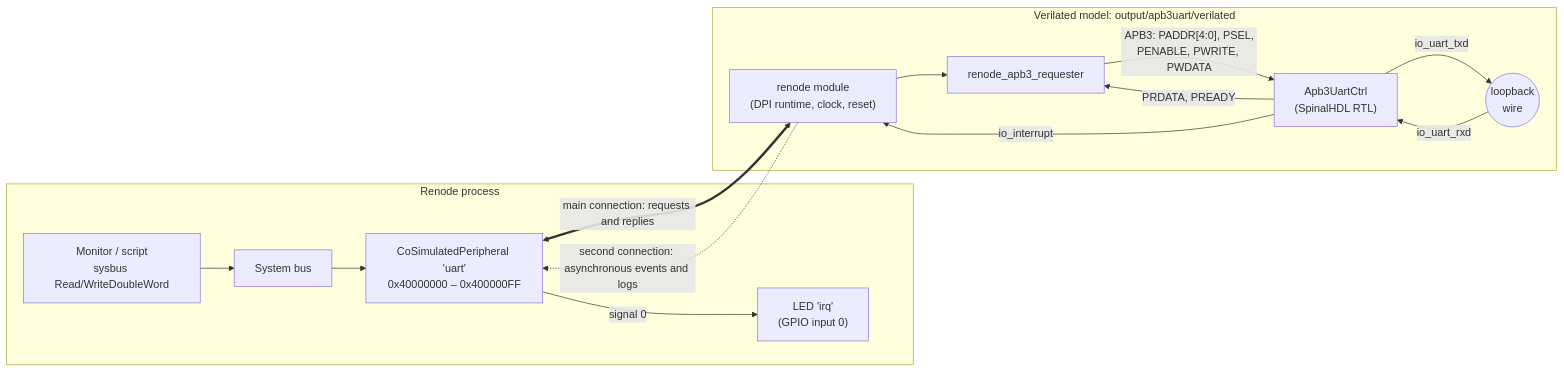
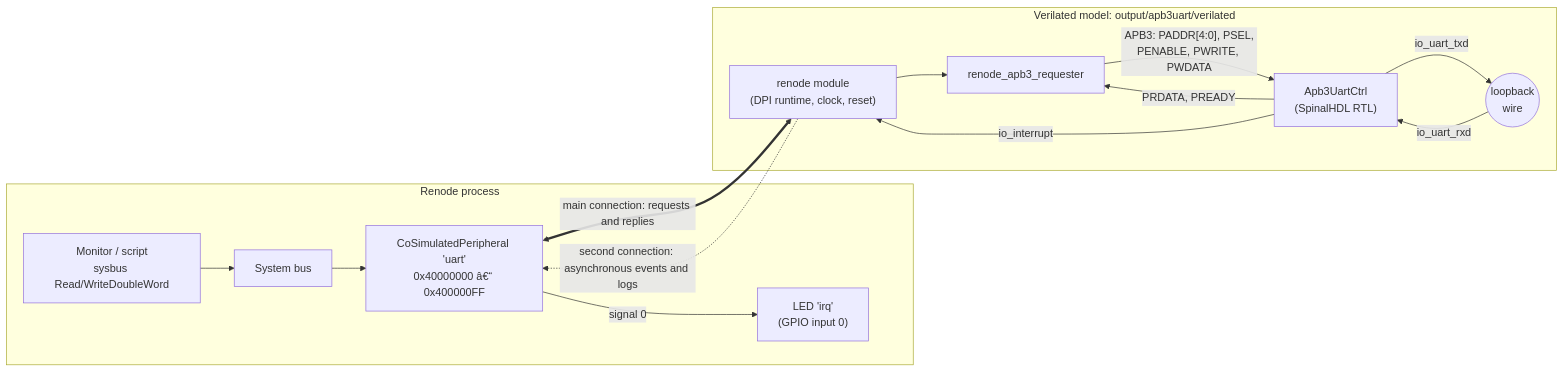
The first of 4 diagrams in README.md (CRUCIBLE-WORKBENCH/uart-renode-verilator-cosim), drawn with Mermaid before and after one commit. The commit also changed other lines of this file and 7 other files, not shown here.

````diff
--- a/README.md
+++ b/README.md
@@ -84,26 +121,26 @@
 ```mermaid
 flowchart LR
     subgraph R["Renode process"]
         CPU["Monitor / script<br/>sysbus Read/WriteDoubleWord"]
         BUS["System bus"]
-        COSIM["CoSimulatedPeripheral 'uart'<br/>0x40000000 – 0x400000FF"]
+        COSIM["CoSimulatedPeripheral 'uart'<br/>0x40000000 â€“ 0x400000FF"]
         LED["LED 'irq'<br/>(GPIO input 0)"]
         CPU --> BUS --> COSIM
         COSIM -- "signal 0" --> LED
     end
 
     subgraph V["Verilated model: output/apb3uart/verilated"]
         RT["renode module<br/>(DPI runtime, clock, reset)"]
         REQ["renode_apb3_requester"]
         DUT["Apb3UartCtrl<br/>(SpinalHDL RTL)"]
         RT --> REQ
         REQ -- "APB3: PADDR[4:0], PSEL,<br/>PENABLE, PWRITE, PWDATA" --> DUT
         DUT -- "PRDATA, PREADY" --> REQ
         DUT -- "io_uart_txd" --> LOOP(("loopback<br/>wire"))
         LOOP -- "io_uart_rxd" --> DUT
         DUT -- "io_interrupt" --> RT
     end
 
     COSIM <== "main connection: requests and replies" ==> RT
     RT -. "second connection: asynchronous events and logs" .-> COSIM
 ```
````
